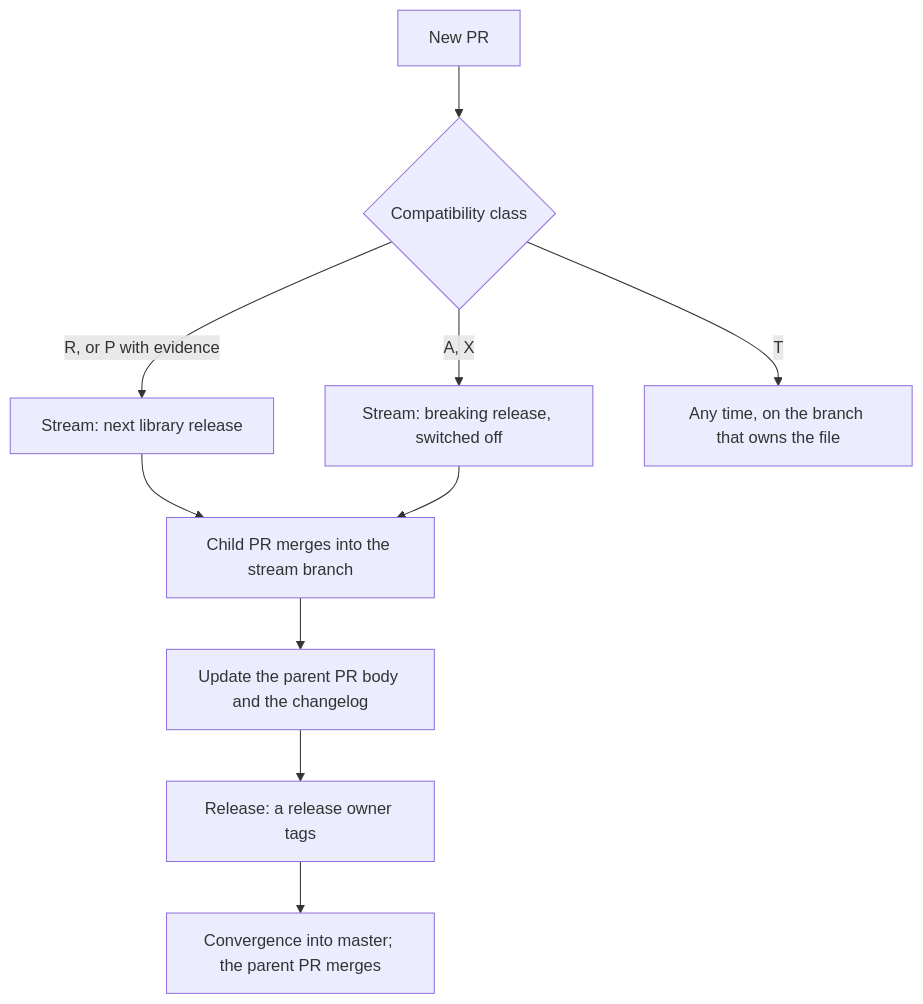
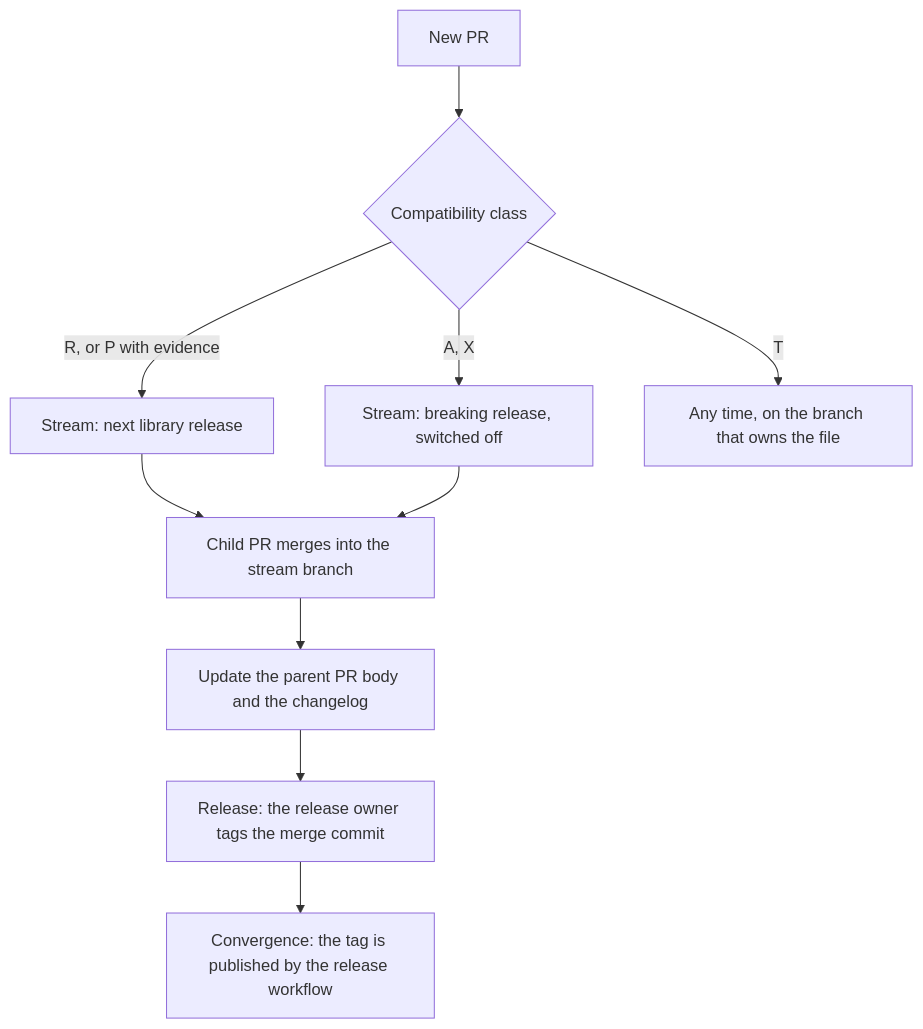
One commit to threshold-network/tss-lib changed the diagram in docs/release-streams.md. Above: the diagram before and after it, drawn with Mermaid. The commit also changed other lines of this file and 3 other files, not shown here.

````diff
--- a/docs/release-streams.md
+++ b/docs/release-streams.md
@@ -18,12 +18,12 @@
 ```mermaid
 flowchart TD
   PR[New PR] --> CL{Compatibility class}
   CL -- "R, or P with evidence" --> NR[Stream: next library release]
   CL -- "A, X" --> BR[Stream: breaking release, switched off]
   CL -- T --> AT[Any time, on the branch that owns the file]
   NR --> PP[Child PR merges into the stream branch]
   BR --> PP
   PP --> UP[Update the parent PR body and the changelog]
-  UP --> REL[Release: a release owner tags]
-  REL --> CV[Convergence into master; the parent PR merges]
+  UP --> REL[Release: the release owner tags the merge commit]
+  REL --> CV[Convergence: the tag is published by the release workflow]
 ```
````
